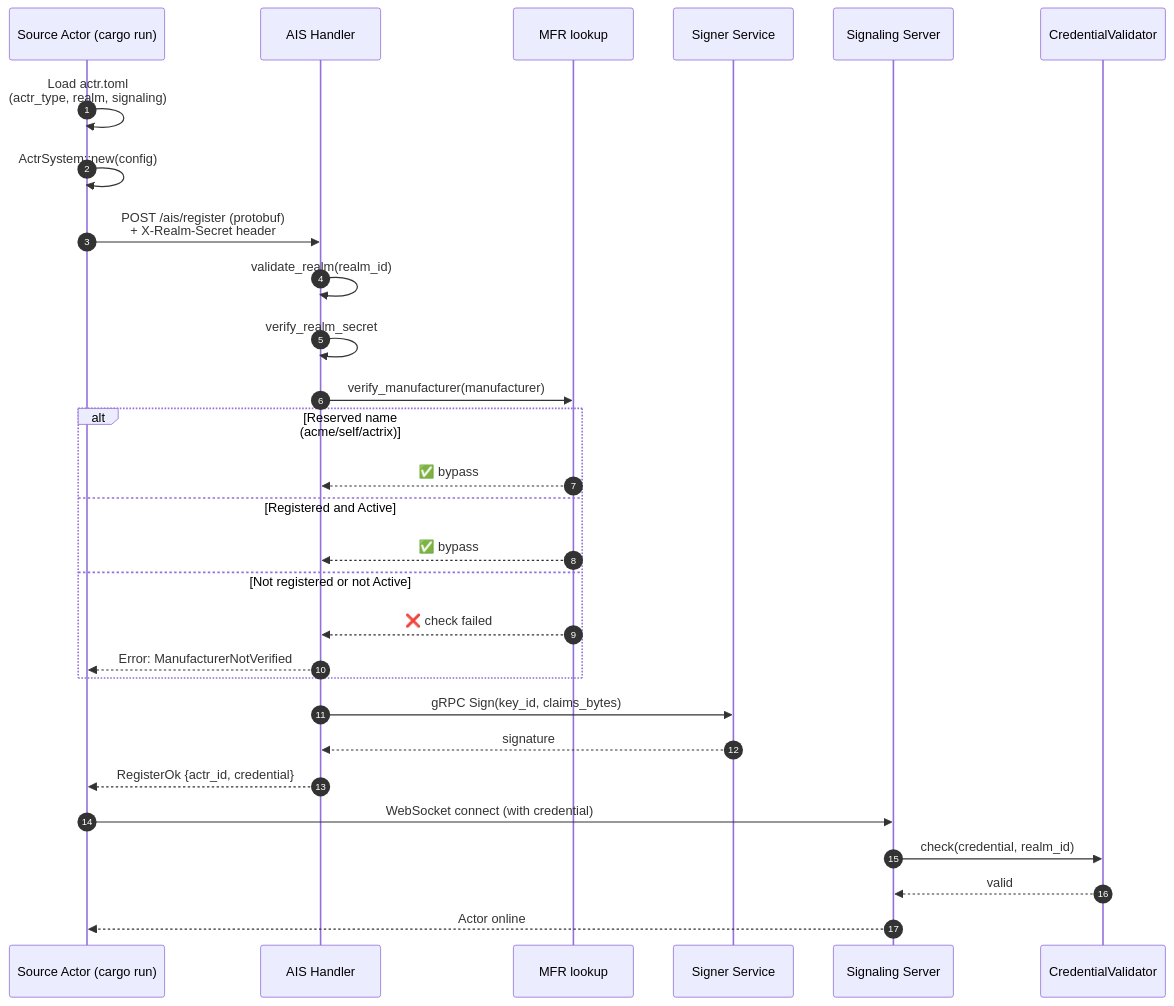
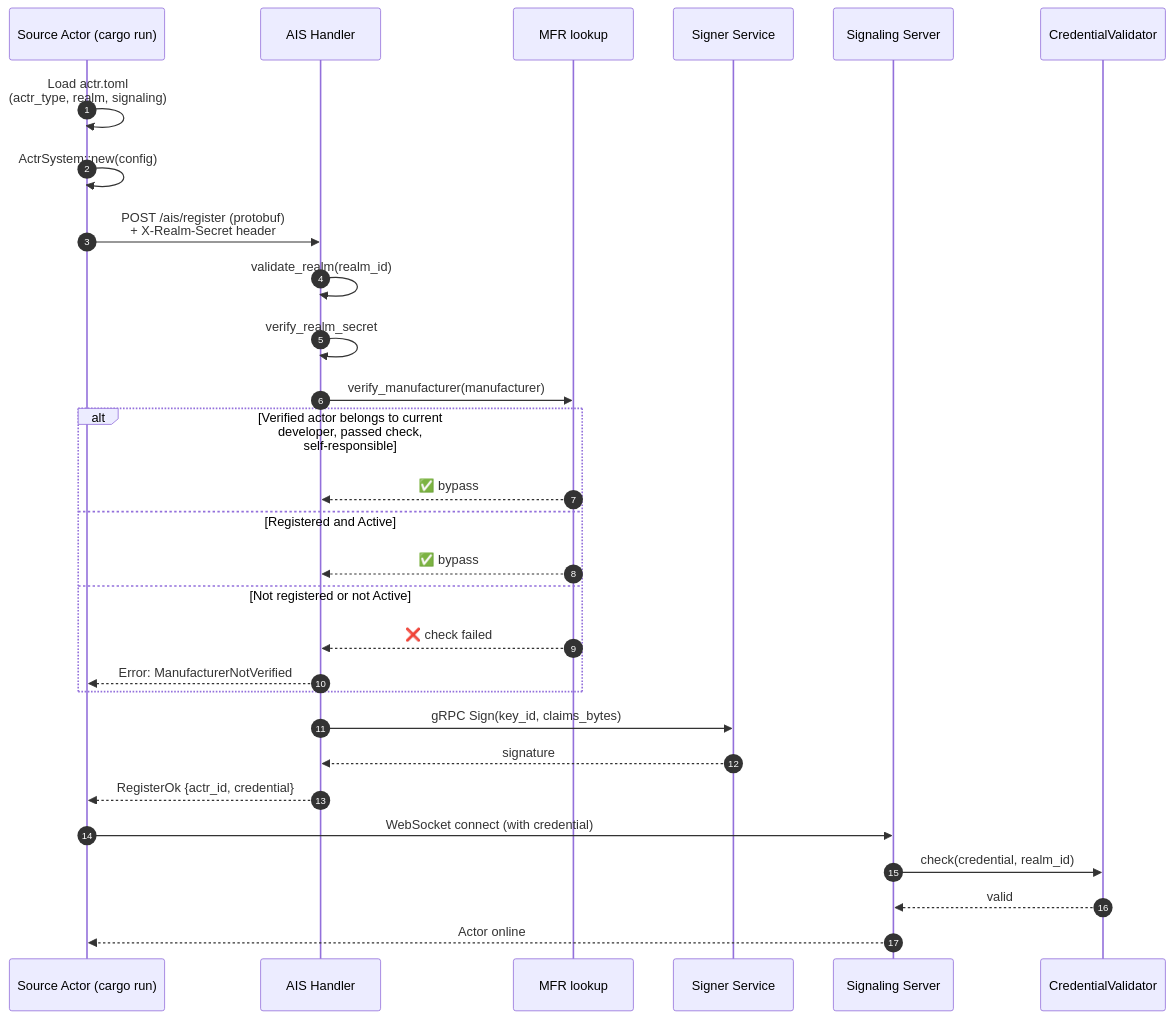
The ninth of 9 diagrams in docs/actr-sign-sequence-diagram.md (Actrium/actr), drawn with Mermaid before and after one commit. The commit also changed other lines of this file and 1 other file, not shown here.

Commit message:
docs: update alt branch description in Native Mode sequence diagram

````diff
--- a/docs/actr-sign-sequence-diagram.md
+++ b/docs/actr-sign-sequence-diagram.md
@@ -314,32 +314,32 @@
 ```mermaid
 sequenceDiagram
     autonumber
     participant App as Source Actor (cargo run)
     participant AIS as AIS Handler
     participant MFR as MFR lookup
     participant Signer as Signer Service
     participant Signaling as Signaling Server
     participant Validator as CredentialValidator
 
     App->>App: Load actr.toml<br/>(actr_type, realm, signaling)
     App->>App: ActrSystem::new(config)
     App->>AIS: POST /ais/register (protobuf)<br/>+ X-Realm-Secret header
     AIS->>AIS: validate_realm(realm_id)
     AIS->>AIS: verify_realm_secret
     AIS->>MFR: verify_manufacturer(manufacturer)
-    alt Reserved name (acme/self/actrix)
+    alt Verified actor belongs to current developer, passed check, self-responsible
         MFR-->>AIS: ✅ bypass
     else Registered and Active
         MFR-->>AIS: ✅ bypass
     else Not registered or not Active
         MFR-->>AIS: ❌ check failed
         AIS-->>App: Error: ManufacturerNotVerified
     end
     AIS->>Signer: gRPC Sign(key_id, claims_bytes)
     Signer-->>AIS: signature
     AIS-->>App: RegisterOk {actr_id, credential}
     App->>Signaling: WebSocket connect (with credential)
     Signaling->>Validator: check(credential, realm_id)
     Validator-->>Signaling: valid
     Signaling-->>App: Actor online
 ```
````
